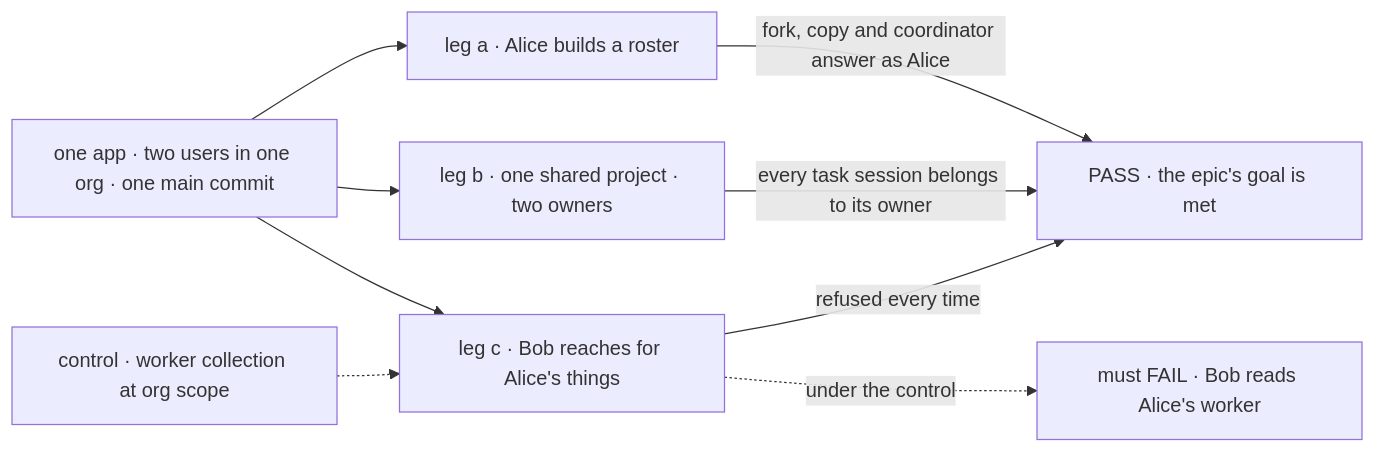
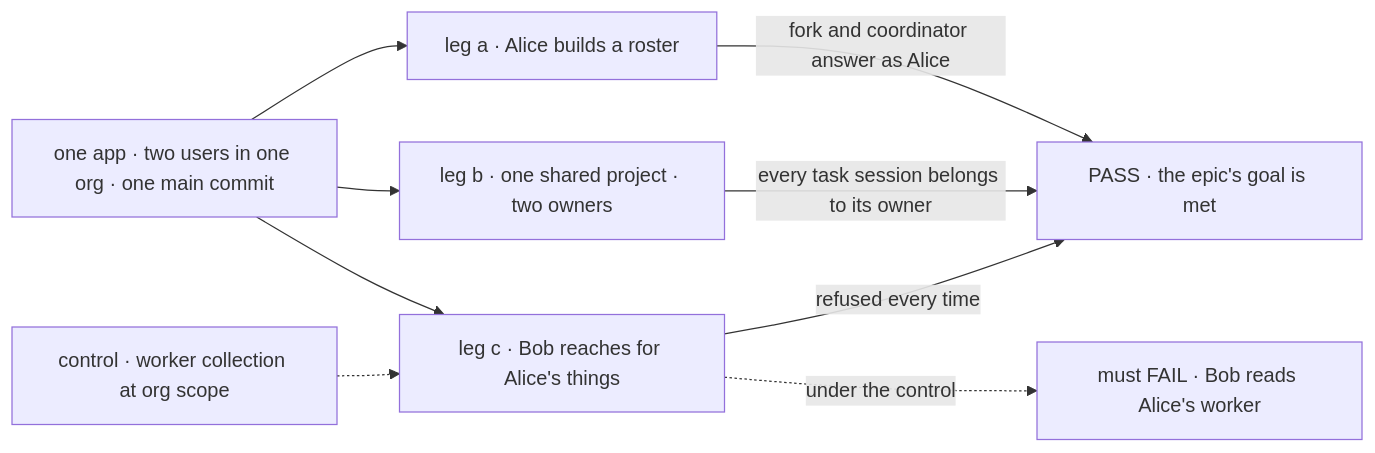
Before and after one commit to fixpoint-labs/flow-state-dev: the first of 2 diagrams in specs/epics/FIX-1786/SPEC.md, drawn with Mermaid. The commit also changed other lines of this file and 5 other files, not shown here.

````diff
--- a/specs/epics/FIX-1786/SPEC.md
+++ b/specs/epics/FIX-1786/SPEC.md
@@ -42,11 +47,11 @@
 ```mermaid
 flowchart LR
   A["one app · two users in one org · one main commit"] --> L1["leg a · Alice builds a roster"]
   A --> L2["leg b · one shared project · two owners"]
   A --> L3["leg c · Bob reaches for Alice's things"]
-  L1 -->|"fork, copy and coordinator answer as Alice"| P["PASS · the epic's goal is met"]
+  L1 -->|"fork and coordinator answer as Alice"| P["PASS · the epic's goal is met"]
   L2 -->|"every task session belongs to its owner"| P
   L3 -->|"refused every time"| P
   C["control · worker collection at org scope"] -.-> L3
   L3 -.->|"under the control"| F["must FAIL · Bob reads Alice's worker"]
 ```
````
